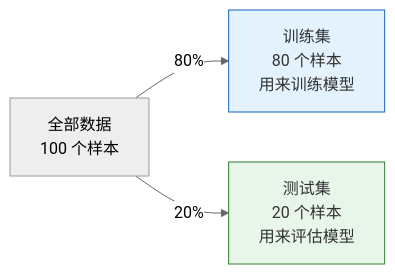
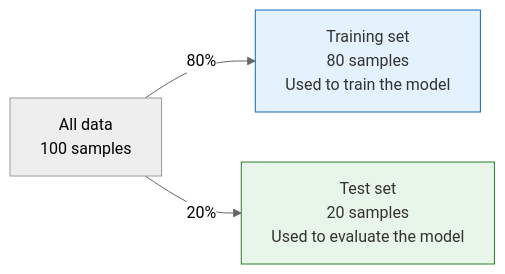
The fourth of 5 diagrams in docs/ch05-machine-learning/ch01-ml-basics/01-what-is-ml.md (oudbiao/AI-fullstack-course), drawn with Mermaid (neutral theme) before and after one commit. The commit also changed other lines of this file and 1406 other files, not shown here.

````diff
--- a/docs/ch05-machine-learning/ch01-ml-basics/01-what-is-ml.md
+++ b/docs/ch05-machine-learning/ch01-ml-basics/01-what-is-ml.md
@@ -290,9 +290,9 @@
 ```mermaid
 flowchart LR
-    D["全部数据<br/>100 个样本"]
-    D -->|"80%"| TR["训练集<br/>80 个样本<br/>用来训练模型"]
-    D -->|"20%"| TE["测试集<br/>20 个样本<br/>用来评估模型"]
+    D["All data<br/>100 samples"]
+    D -->|"80%"| TR["Training set<br/>80 samples<br/>Used to train the model"]
+    D -->|"20%"| TE["Test set<br/>20 samples<br/>Used to evaluate the model"]
 
     style TR fill:#e3f2fd,stroke:#1565c0,color:#333
     style TE fill:#e8f5e9,stroke:#2e7d32,color:#333
 ```
````
